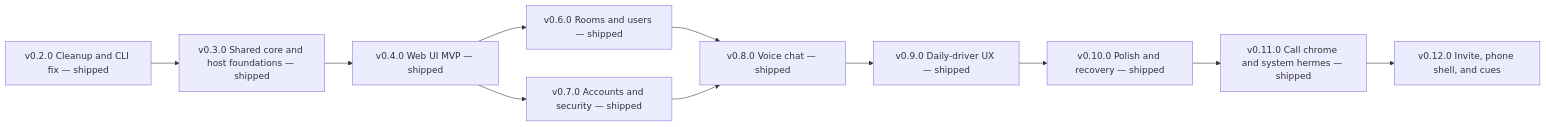
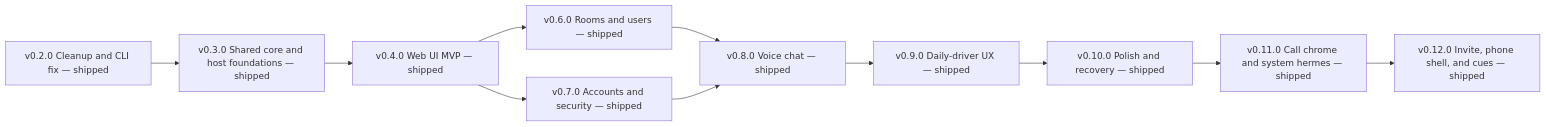
One commit to ahyibrahim/hermes-be changed the diagram in docs/ROADMAP.md. Above: the diagram before and after it, drawn with Mermaid. The commit also changed other lines of this file, not shown here.

Commit message:
Mark v0.12.0 shipped on the roadmap.

````diff
--- a/docs/ROADMAP.md
+++ b/docs/ROADMAP.md
@@ -110,13 +110,13 @@
 ```mermaid
 graph LR
   v02[v0.2.0 Cleanup and CLI fix — shipped] --> v03[v0.3.0 Shared core and host foundations — shipped]
   v03 --> v04[v0.4.0 Web UI MVP — shipped]
   v04 --> v06[v0.6.0 Rooms and users — shipped]
   v04 --> v07[v0.7.0 Accounts and security — shipped]
   v06 --> v08[v0.8.0 Voice chat — shipped]
   v07 --> v08
   v08 --> v09[v0.9.0 Daily-driver UX — shipped]
   v09 --> v10[v0.10.0 Polish and recovery — shipped]
   v10 --> v11[v0.11.0 Call chrome and system hermes — shipped]
-  v11 --> v12[v0.12.0 Invite, phone shell, and cues]
+  v11 --> v12[v0.12.0 Invite, phone shell, and cues — shipped]
 ```
````
